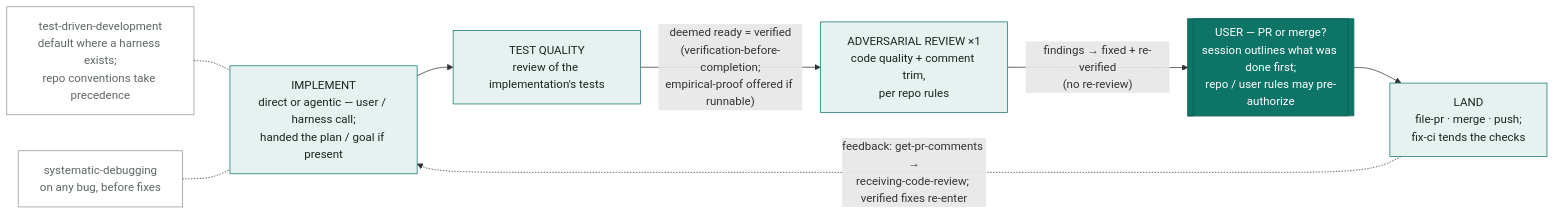
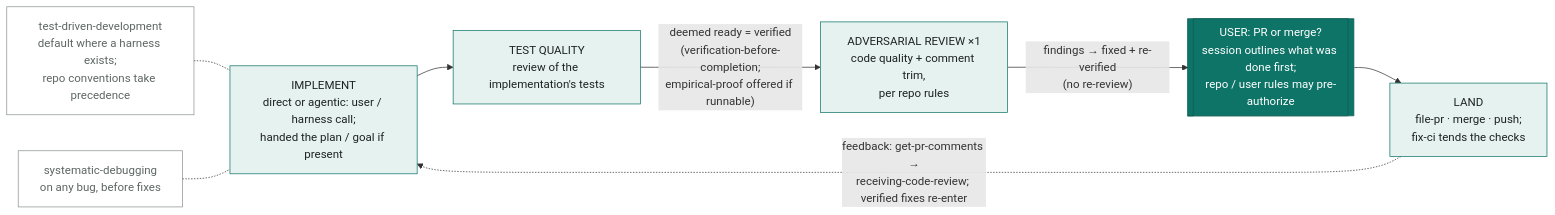
One commit to giostriquer/workshop changed the second of 2 diagrams in docs/workbench-flow.md. Above: the diagram before and after it, drawn with Mermaid. The commit also changed other lines of this file and 196 other files, not shown here.

````diff
--- a/docs/workbench-flow.md
+++ b/docs/workbench-flow.md
@@ -41,21 +41,21 @@
 ```mermaid
 flowchart LR
     classDef gate fill:#0e7468,stroke:#0a5c52,color:#ffffff
     classDef stage fill:#e6f2f0,stroke:#0e7468,color:#1d2321
     classDef sat fill:none,stroke:#8a948f,color:#5d6763
 
     TDD["test-driven-development<br/>default where a harness exists;<br/>repo conventions take precedence"]:::sat -.- I
     SD["systematic-debugging<br/>on any bug, before fixes"]:::sat -.- I
 
-    I["IMPLEMENT<br/>direct or agentic — user / harness call;<br/>handed the plan / goal if present"]:::stage
+    I["IMPLEMENT<br/>direct or agentic: user / harness call;<br/>handed the plan / goal if present"]:::stage
     TQ["TEST QUALITY<br/>review of the implementation's tests"]:::stage
     AR["ADVERSARIAL REVIEW ×1<br/>code quality + comment trim,<br/>per repo rules"]:::stage
-    OG[["USER — PR or merge?<br/>session outlines what was done first;<br/>repo / user rules may pre-authorize"]]:::gate
+    OG[["USER: PR or merge?<br/>session outlines what was done first;<br/>repo / user rules may pre-authorize"]]:::gate
     L["LAND<br/>file-pr · merge · push;<br/>fix-ci tends the checks"]:::stage
 
     I --> TQ
     TQ -->|"deemed ready = verified<br/>(verification-before-completion;<br/>empirical-proof offered if runnable)"| AR
     AR -->|"findings → fixed + re-verified<br/>(no re-review)"| OG
     OG --> L
     L -.->|"feedback: get-pr-comments →<br/>receiving-code-review; verified fixes re-enter"| I
 ```
````
